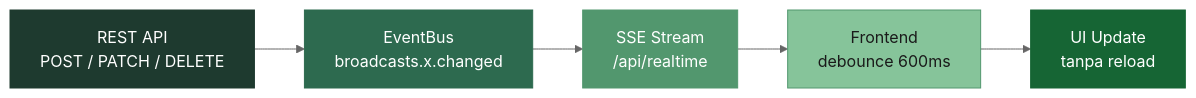
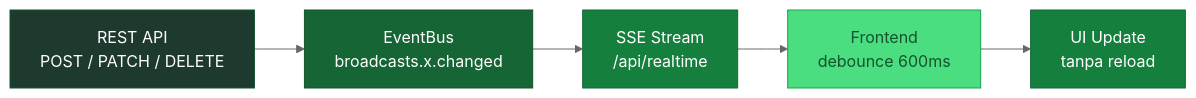
The seventh of 8 diagrams in docs/ATLAS_PLAYBOOK.md (alifnrmdhn-create/atlas-fullstack), drawn with Mermaid (neutral theme) before and after one commit. The commit also changed other lines of this file and 38 other files, not shown here.

````diff
--- a/docs/ATLAS_PLAYBOOK.md
+++ b/docs/ATLAS_PLAYBOOK.md
@@ -156,16 +214,16 @@
 ```mermaid
 flowchart LR
     API[REST API\nPOST / PATCH / DELETE]:::api
     EB[EventBus\nbroadcasts.x.changed]:::bus
     SSE[SSE Stream\n/api/realtime]:::sse
     FE[Frontend\ndebounce 600ms]:::fe
     UI[UI Update\ntanpa reload]:::ui
 
     API --> EB --> SSE --> FE --> UI
 
-    classDef api fill:#1e3a2f,stroke:#1e3a2f,color:#fff
-    classDef bus fill:#2d6a4f,stroke:#2d6a4f,color:#fff
-    classDef sse fill:#52976e,stroke:#52976e,color:#fff
-    classDef fe  fill:#86c49a,stroke:#52976e,color:#1a1a1a
-    classDef ui  fill:#166534,stroke:#166534,color:#fff
+    classDef api fill:#1e3a2f,stroke:#14532d,color:#ffffff
+    classDef bus fill:#166534,stroke:#14532d,color:#ffffff
+    classDef sse fill:#15803d,stroke:#166534,color:#ffffff
+    classDef fe  fill:#4ade80,stroke:#16a34a,color:#14532d
+    classDef ui  fill:#15803d,stroke:#166534,color:#ffffff
 ```
````
